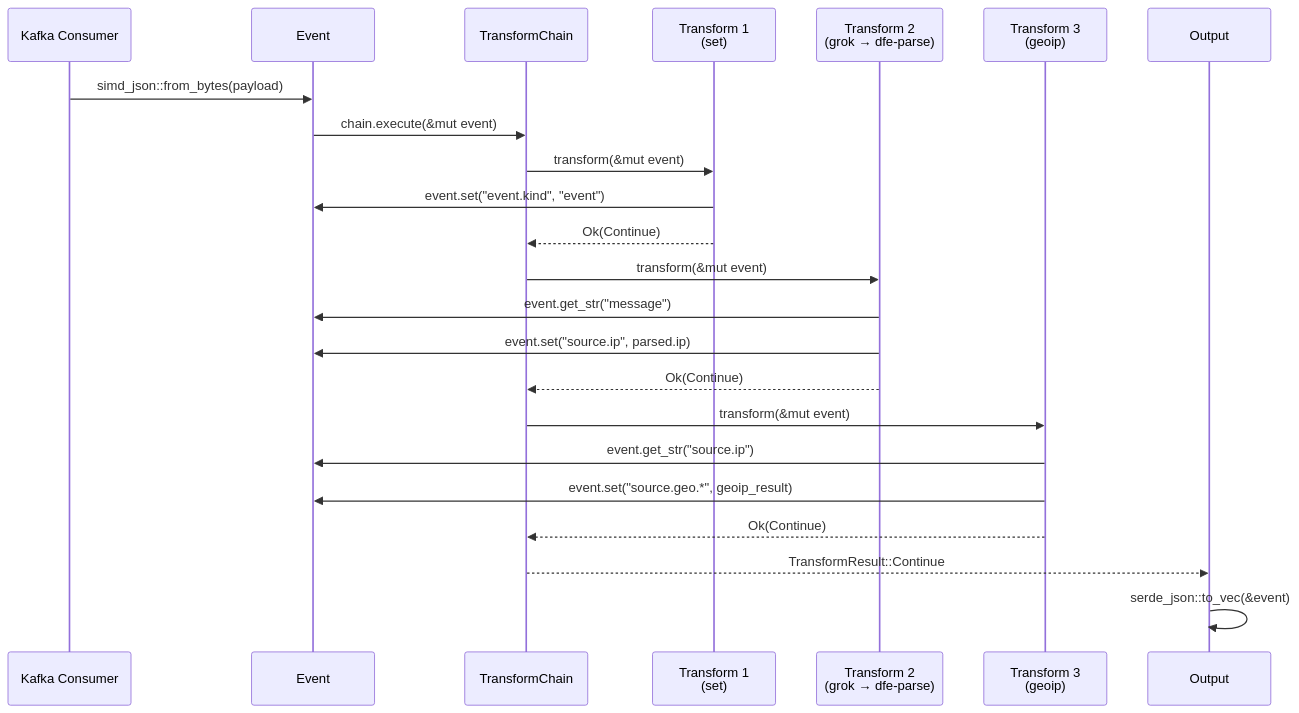
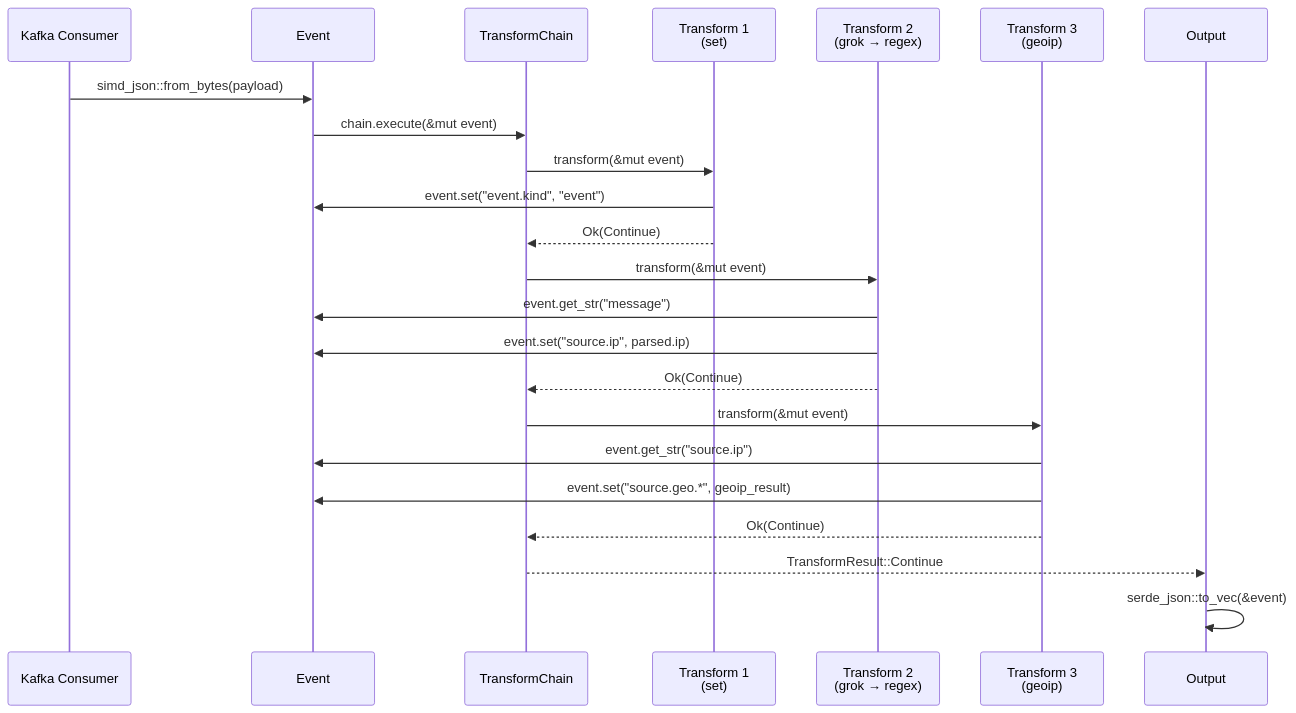
Before and after one commit to hyperi-io/dfe-transform-elastic: the third of 8 diagrams in docs/DESIGN.md, drawn with Mermaid. The commit also changed other lines of this file and 2 other files, not shown here.

````diff
--- a/docs/DESIGN.md
+++ b/docs/DESIGN.md
@@ -198,26 +198,26 @@
 ```mermaid
 sequenceDiagram
     participant K as Kafka Consumer
     participant E as Event
     participant C as TransformChain
     participant T1 as Transform 1<br/>(set)
-    participant T2 as Transform 2<br/>(grok → dfe-parse)
+    participant T2 as Transform 2<br/>(grok → regex)
     participant T3 as Transform 3<br/>(geoip)
     participant O as Output
 
     K->>E: simd_json::from_bytes(payload)
     E->>C: chain.execute(&mut event)
     C->>T1: transform(&mut event)
     T1->>E: event.set("event.kind", "event")
     T1-->>C: Ok(Continue)
     C->>T2: transform(&mut event)
     T2->>E: event.get_str("message")
     T2->>E: event.set("source.ip", parsed.ip)
     T2-->>C: Ok(Continue)
     C->>T3: transform(&mut event)
     T3->>E: event.get_str("source.ip")
     T3->>E: event.set("source.geo.*", geoip_result)
     T3-->>C: Ok(Continue)
     C-->>O: TransformResult::Continue
     O->>O: serde_json::to_vec(&event)
 ```
````
